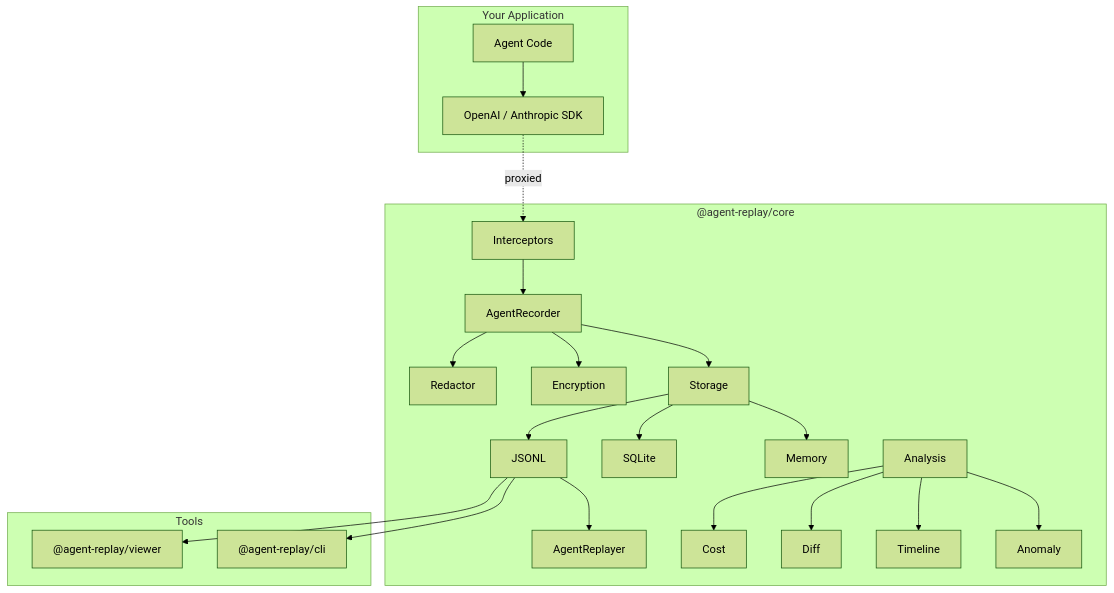
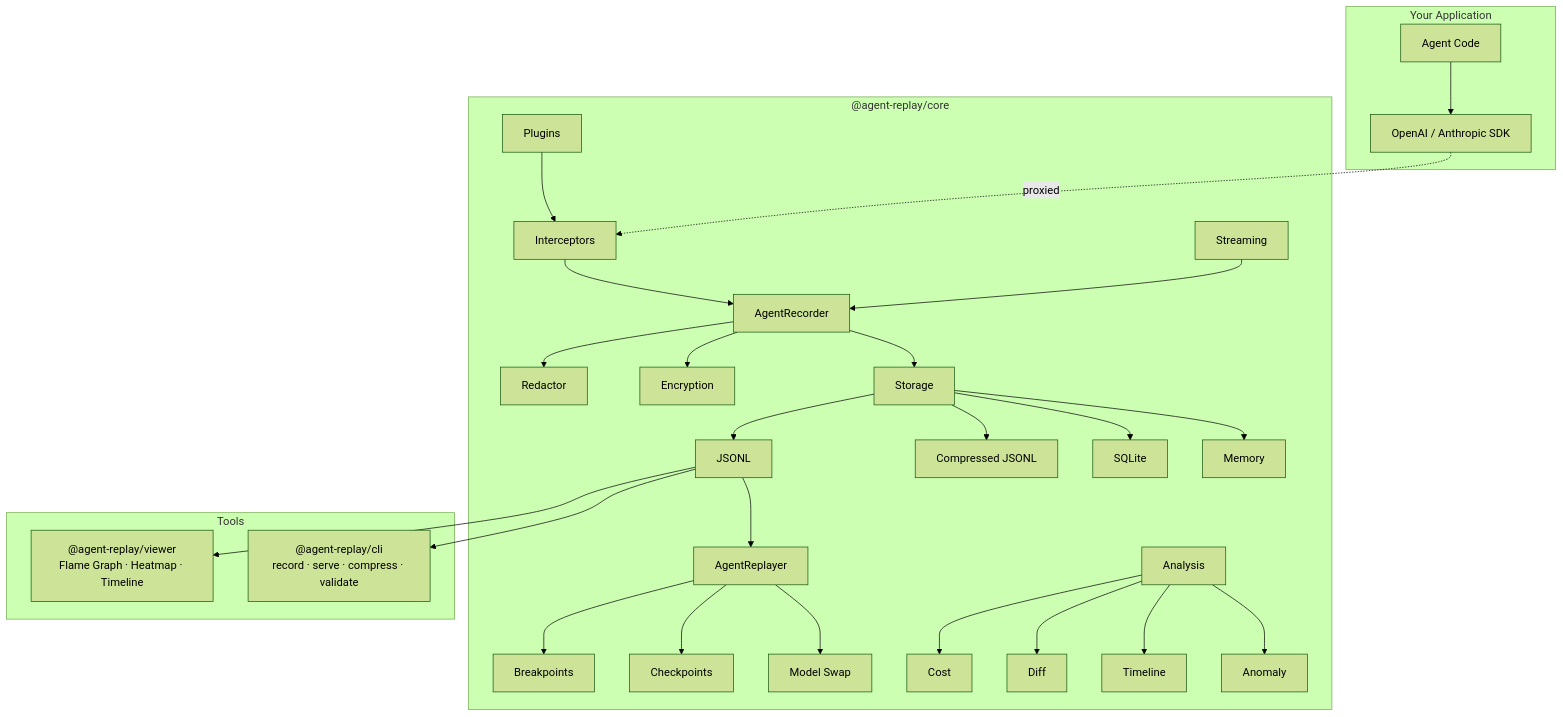
Before and after one commit to Zijian-Ni/agent-replay: the diagram in README.md, drawn with Mermaid (forest theme). The commit also changed other lines of this file and 47 other files, not shown here.

First line of the commit message:
feat: Agent Replay v0.2.0 — streaming, plugins, flame graph, compression, 150+ tests

````diff
--- a/README.md
+++ b/README.md
@@ -93,32 +204,38 @@
 ```mermaid
 graph TB
     subgraph "Your Application"
         A[Agent Code] --> B[OpenAI / Anthropic SDK]
     end
 
     subgraph "@agent-replay/core"
         C[Interceptors] --> D[AgentRecorder]
+        C2[Streaming] --> D
+        P[Plugins] --> C
         D --> E[Redactor]
         D --> F[Encryption]
         D --> G[Storage]
         G --> G1[JSONL]
-        G --> G2[SQLite]
-        G --> G3[Memory]
+        G --> G2[Compressed JSONL]
+        G --> G3[SQLite]
+        G --> G4[Memory]
         H[AgentReplayer]
+        H --> H1[Breakpoints]
+        H --> H2[Checkpoints]
+        H --> H3[Model Swap]
         I[Analysis]
         I --> I1[Cost]
         I --> I2[Diff]
         I --> I3[Timeline]
         I --> I4[Anomaly]
     end
 
     subgraph "Tools"
-        J["@agent-replay/viewer"]
-        K["@agent-replay/cli"]
+        J["@agent-replay/viewer<br/>Flame Graph · Heatmap · Timeline"]
+        K["@agent-replay/cli<br/>record · serve · compress · validate"]
     end
 
     B -.->|proxied| C
     G1 --> J
     G1 --> K
     G1 --> H
 ```
````
